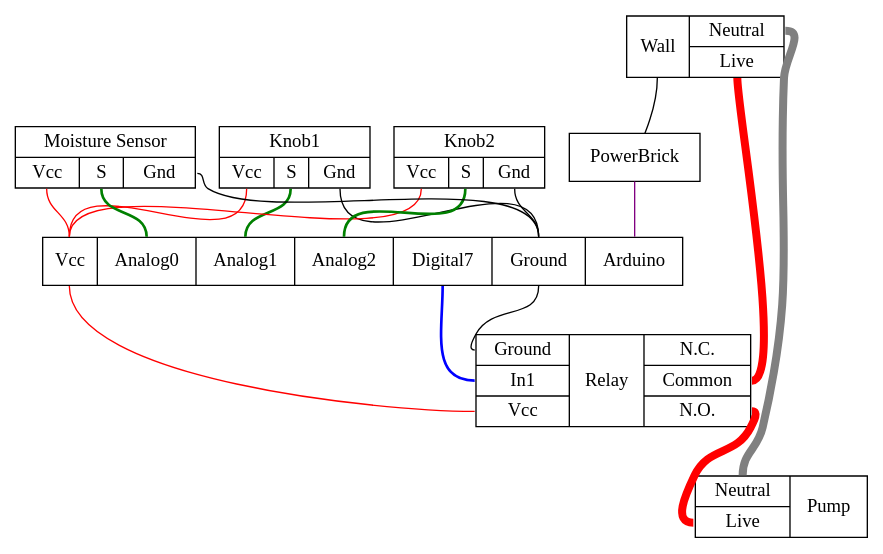
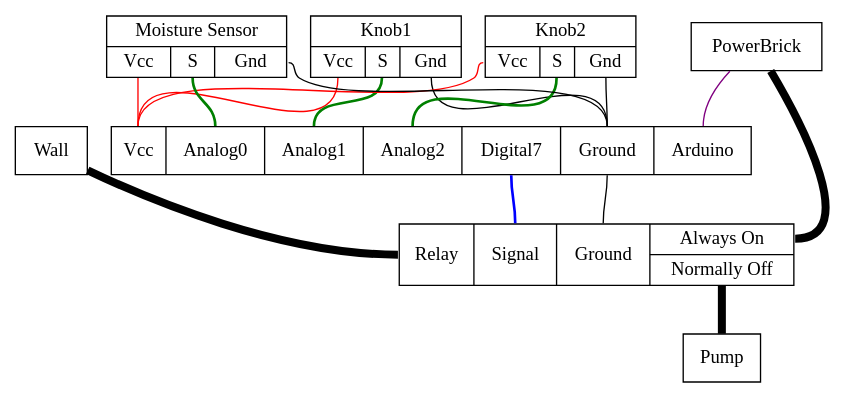
The diagram in wiring.dot (hatfield-lansdale-collective/sprinklerino), drawn with Graphviz before and after one commit. The commit also changed 3 other files, not shown here.

Commit message:
Added scratchblocks diagrams of uc logic

```diff
--- a/wiring.dot
+++ b/wiring.dot
@@ -1,32 +1,30 @@
 graph Sprinklerino {
     node [shape=rect]
-    Wall [shape=record, label="<main>Wall|{<neutral>Neutral|<live>Live}"]
+
     Arduino [shape=record, label="<Vcc>Vcc|<A0>Analog0|<A1>Analog1|<A2>Analog2|<D7>Digital7|<GND>Ground|<Power>Arduino"]
-    Relay [shape=record, label="{<GND>Ground|<In1>In1|<Vcc>Vcc}|Relay|{<NC>N.C.|<C>Common|<NO>N.O.}"]
-    Pump [shape=record,label="{<Neutral>Neutral|<Live>Live}|Pump"]
+    Relay [shape=record, label="<PowerIn>Relay|{{<Signal>Signal|<GND>Ground}}|{<AOn>Always On|<NOff>Normally Off}"]
     Knob1 [shape=record, label="{{Knob1}|{<Vcc>Vcc|<Signal>S|<GND>Gnd}}"]
     Knob2 [shape=record, label="{{Knob2}|{<Vcc>Vcc|<Signal>S|<GND>Gnd}}"]
     Sensor [shape=record, label="{{Moisture Sensor}|{<Vcc>Vcc|<Signal>S|<GND>Gnd}}"]
-    Wall:main -- PowerBrick
+
+    Wall -- Relay:PowerIn [color="black",penwidth=6]
+    PowerBrick -- Relay:AOn [color="black",penwidth=6]
+    PowerBrick -- Arduino:Power [color="purple"]
 
     Knob1:Vcc -- Arduino:Vcc [color="red"]
     Knob1:GND -- Arduino:GND [color="black"]
     Knob1:Signal -- Arduino:A1 [color="green", penwidth=2]
 
     Knob2:Vcc -- Arduino:Vcc [color="red"]
     Knob2:GND -- Arduino:GND [color="black"]
     Knob2:Signal -- Arduino:A2 [color="green", penwidth=2]
 
     Sensor:Vcc -- Arduino:Vcc [color="red"]
     Sensor:GND -- Arduino:GND [color="black"]
     Sensor:Signal -- Arduino:A0 [color="green", penwidth=2]
 
-    Arduino:Vcc -- Relay:Vcc [color="red"]
     Arduino:GND -- Relay:GND [color="black"]
-    Arduino:D7 -- Relay:In1 [color="blue", penwidth=2]
-
-    PowerBrick -- Arduino:Power [color="purple"]
-    Wall:live -- Relay:C [color="red", penwidth=6]
-    Relay:NO -- Pump:Live [color="red", penwidth=6]
-    Wall:neutral -- Pump:Neutral [color="gray", penwidth=6]
+    Arduino:D7 -- Relay:Signal [color="blue", penwidth=2]
+    
+    Relay:NOff -- Pump  [color="black",penwidth=6]
 }
```
